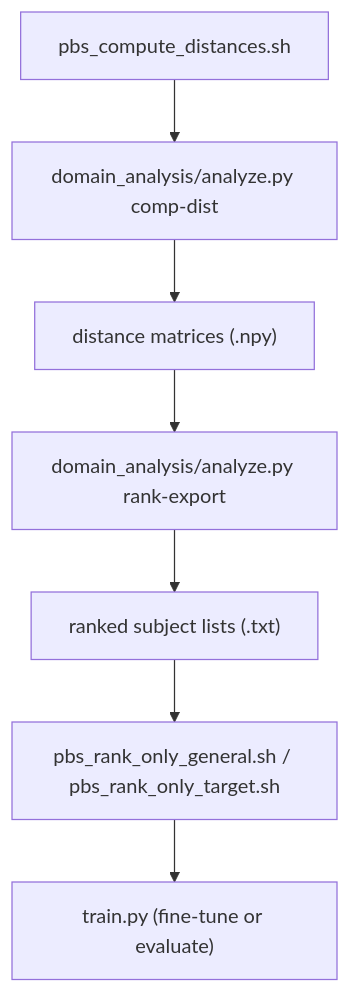
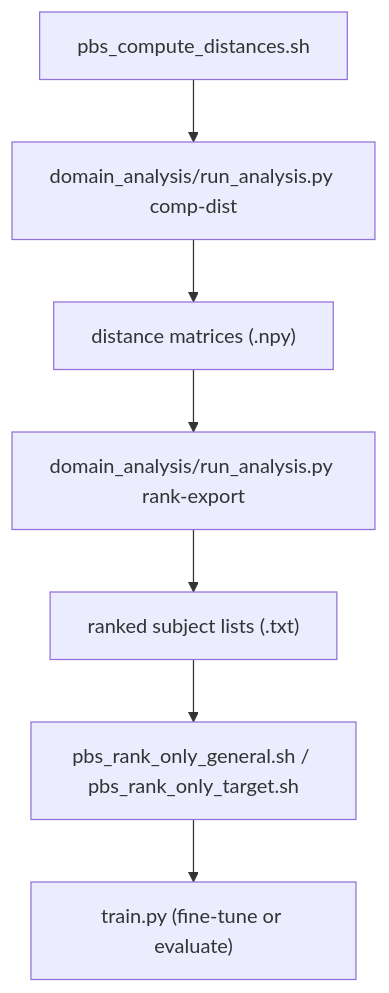
One commit to YutaroNakagama/vehicle_based_DDD_comparison changed the diagram in docs/source/guide/domain_generalization_pipline.md. Above: the diagram before and after it, drawn with Mermaid. The commit also changed other lines of this file and 5 other files, not shown here.

First line of the commit message:
refactor: rename and externalize analyze.py → run_analysis.py

`````diff
--- a/docs/source/guide/domain_generalization_pipline.md
+++ b/docs/source/guide/domain_generalization_pipline.md
@@ -27,9 +27,9 @@
 ```mermaid
 graph TD
-  A["pbs_compute_distances.sh"] --> B["domain_analysis/analyze.py comp-dist"]
+  A["pbs_compute_distances.sh"] --> B["domain_analysis/run_analysis.py comp-dist"]
   B --> C["distance matrices (.npy)"]
-  C --> D["domain_analysis/analyze.py rank-export"]
+  C --> D["domain_analysis/run_analysis.py rank-export"]
   D --> E["ranked subject lists (.txt)"]
   E --> F["pbs_rank_only_general.sh / pbs_rank_only_target.sh"]
   F --> G["train.py (fine-tune or evaluate)"]
 ````
`````
